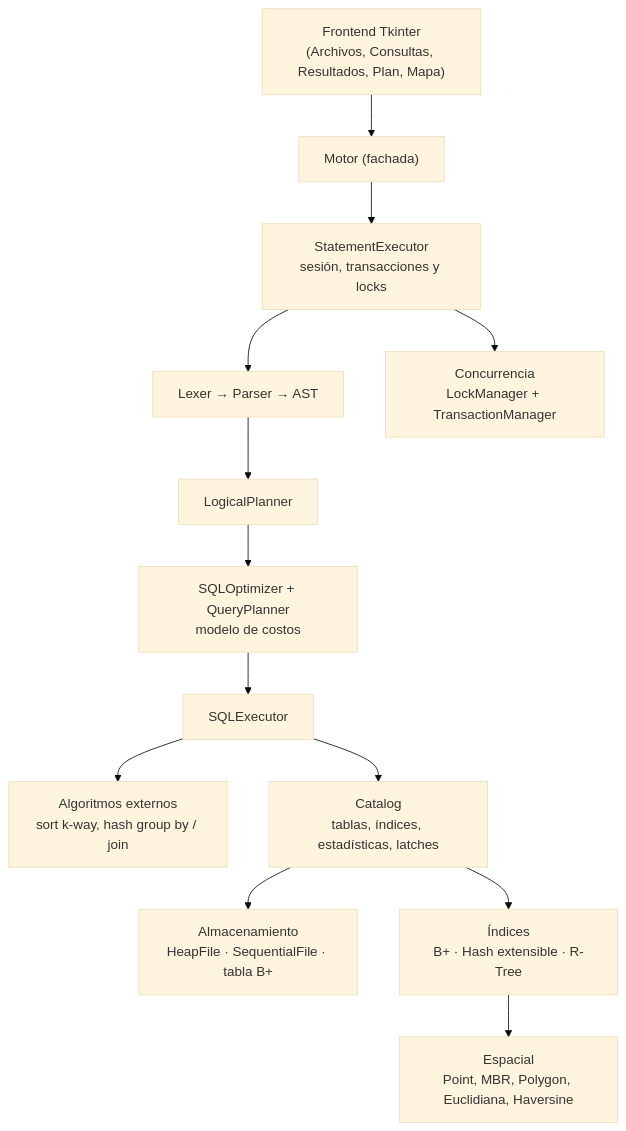
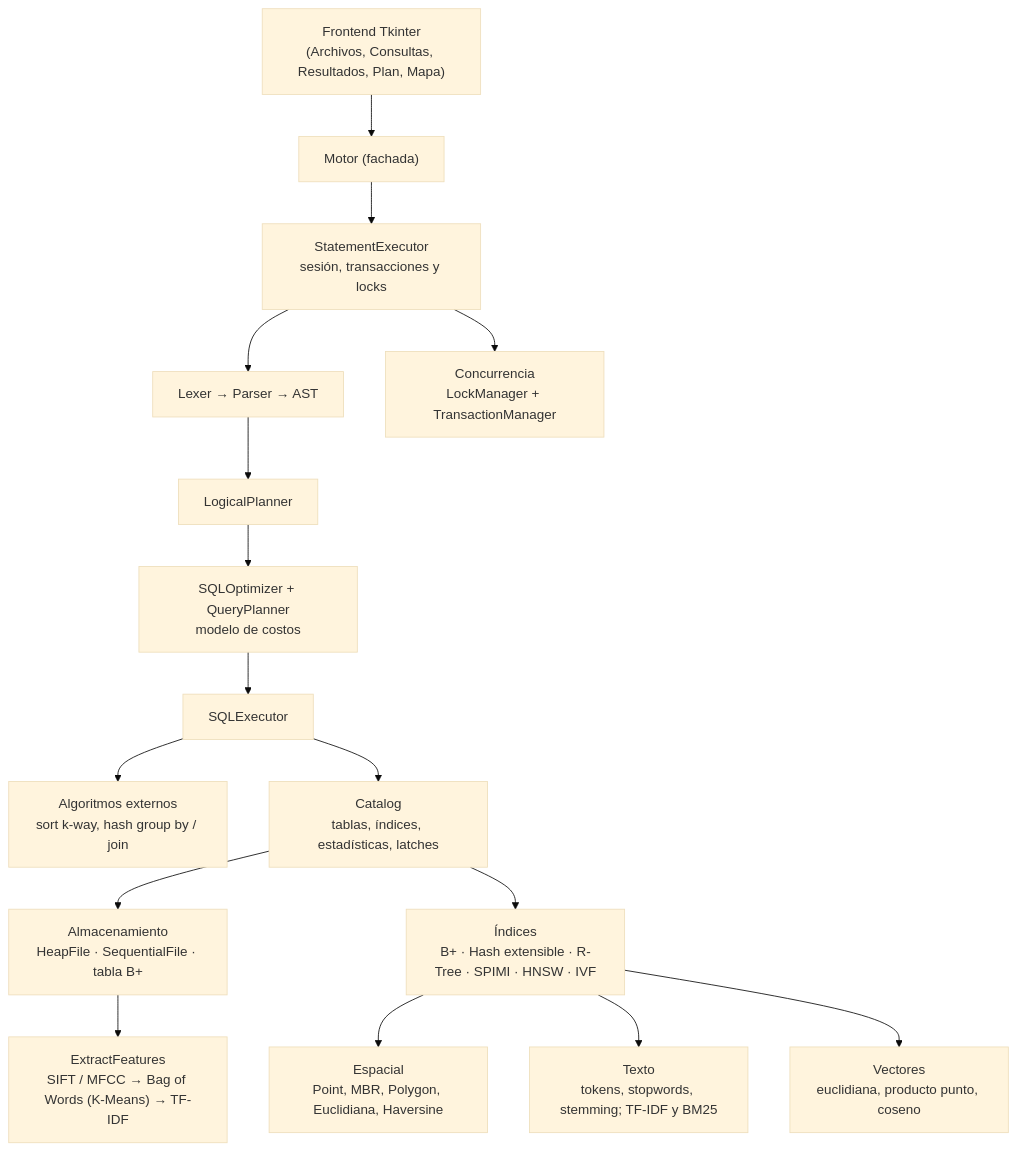
The diagram in README.md (josegc02/Multimodal-tiny-database-engine), drawn with Mermaid (base theme) before and after one commit. The commit also changed other lines of this file, not shown here.

````diff
--- a/README.md
+++ b/README.md
@@ -219,15 +254,18 @@
 ```mermaid
 flowchart TD
     UI["Frontend Tkinter<br/>(Archivos, Consultas, Resultados, Plan, Mapa)"] --> M["Motor (fachada)"]
     M --> SE["StatementExecutor<br/>sesión, transacciones y locks"]
     SE --> P["Lexer → Parser → AST"]
     P --> LP["LogicalPlanner"]
     LP --> OPT["SQLOptimizer + QueryPlanner<br/>modelo de costos"]
     OPT --> EX["SQLExecutor"]
     EX --> EXT["Algoritmos externos<br/>sort k-way, hash group by / join"]
     EX --> CAT["Catalog<br/>tablas, índices, estadísticas, latches"]
     CAT --> ST["Almacenamiento<br/>HeapFile · SequentialFile · tabla B+"]
-    CAT --> IDX["Índices<br/>B+ · Hash extensible · R-Tree"]
+    CAT --> IDX["Índices<br/>B+ · Hash extensible · R-Tree · SPIMI · HNSW · IVF"]
     IDX --> SP["Espacial<br/>Point, MBR, Polygon, Euclidiana, Haversine"]
+    IDX --> TX["Texto<br/>tokens, stopwords, stemming; TF-IDF y BM25"]
+    ST --> FE["ExtractFeatures<br/>SIFT / MFCC → Bag of Words (K-Means) → TF-IDF"]
+    IDX --> VE["Vectores<br/>euclidiana, producto punto, coseno"]
     SE --> CC["Concurrencia<br/>LockManager + TransactionManager"]
 ```
````
